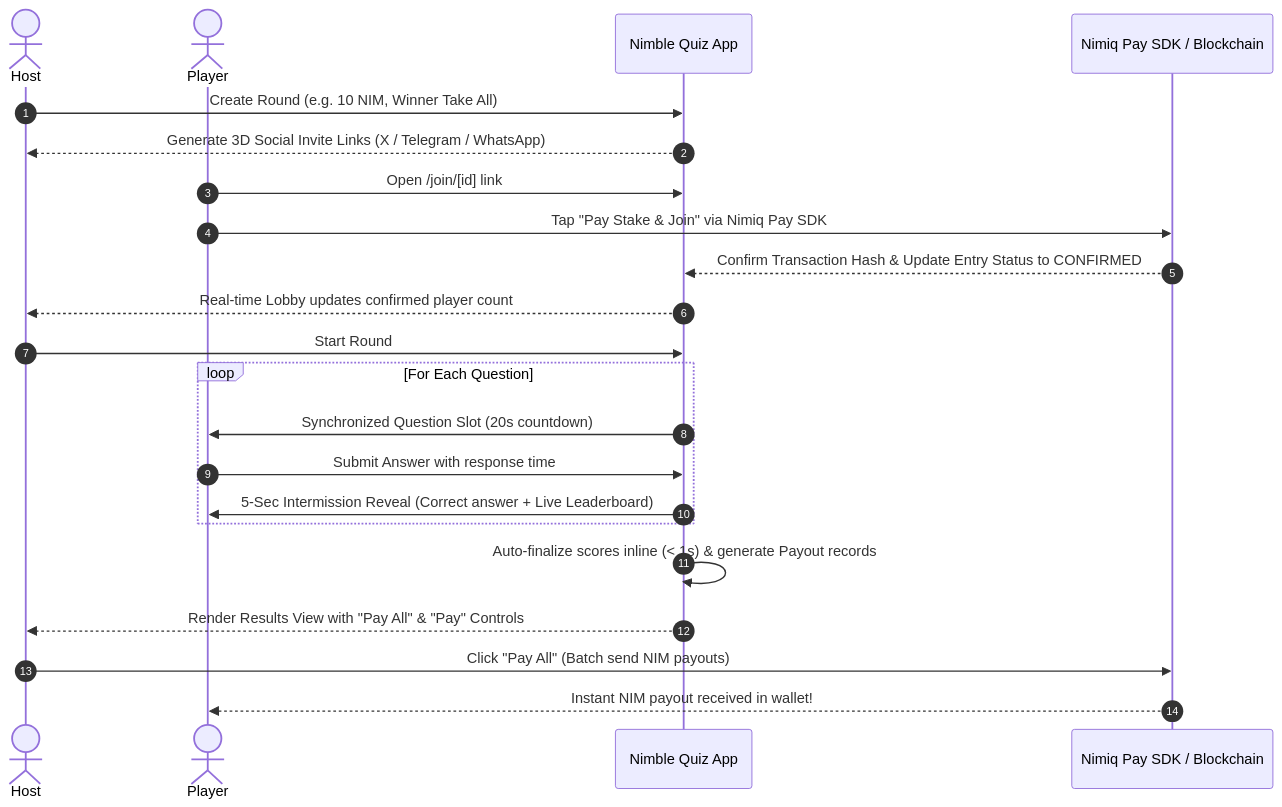
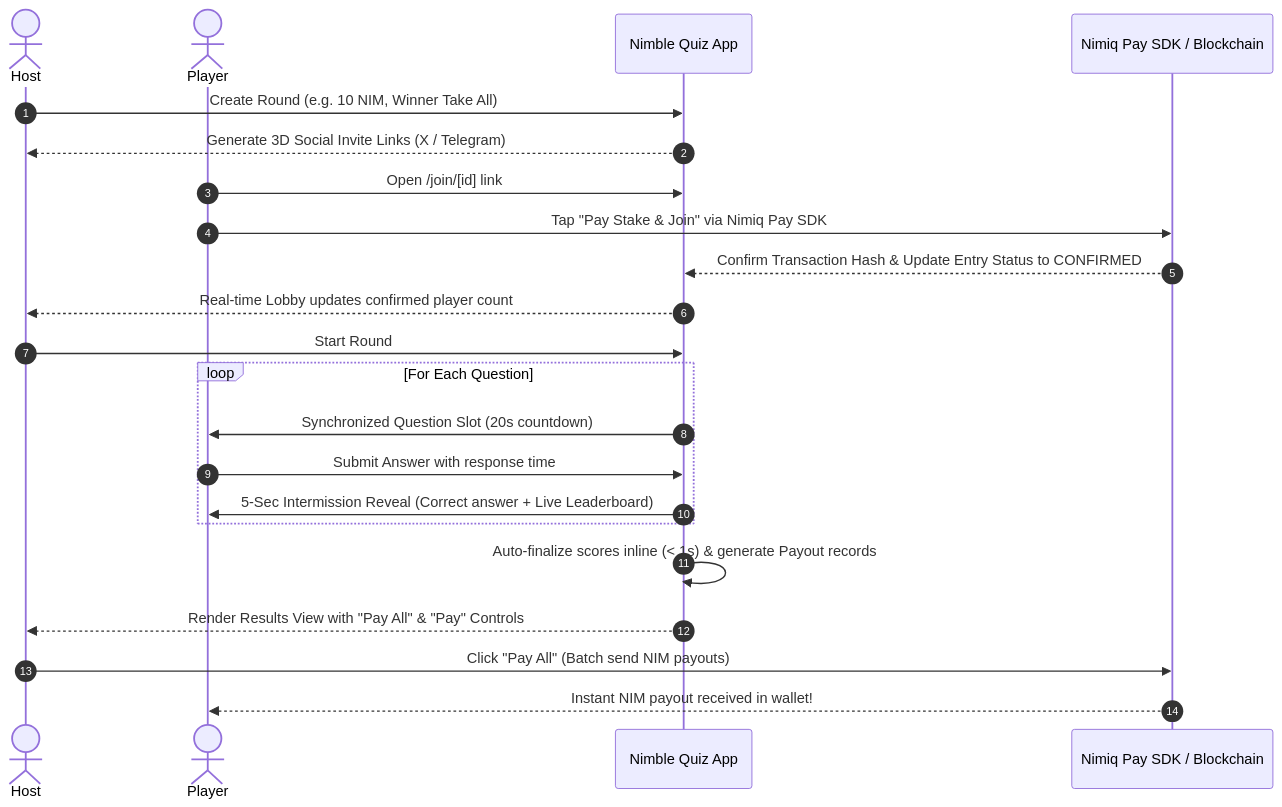
One commit to Skinny001/Nimble-Quiz changed the diagram in README.md. Above: the diagram before and after it, drawn with Mermaid. The commit also changed other lines of this file, not shown here.

Commit message:
Update README with logo.png, detailed User Flows, and X/Telegram branding

````diff
--- a/README.md
+++ b/README.md
@@ -88,32 +120,32 @@
 ```mermaid
 sequenceDiagram
     autonumber
     actor Host
     actor Player
     participant App as Nimble Quiz App
     participant Nimiq as Nimiq Pay SDK / Blockchain
 
     %% Phase 1: Round Creation & Invite
     Host->>App: Create Round (e.g. 10 NIM, Winner Take All)
-    App-->>Host: Generate 3D Social Invite Links (X / Telegram / WhatsApp)
+    App-->>Host: Generate 3D Social Invite Links (X / Telegram)
 
     %% Phase 2: Joining & Staking
     Player->>App: Open /join/[id] link
     Player->>Nimiq: Tap "Pay Stake & Join" via Nimiq Pay SDK
     Nimiq-->>App: Confirm Transaction Hash & Update Entry Status to CONFIRMED
     App-->>Host: Real-time Lobby updates confirmed player count
 
     %% Phase 3: Synchronized Gameplay
     Host->>App: Start Round
     loop For Each Question
         App->>Player: Synchronized Question Slot (20s countdown)
         Player->>App: Submit Answer with response time
         App->>Player: 5-Sec Intermission Reveal (Correct answer + Live Leaderboard)
     end
 
     %% Phase 4: Sub-Second Auto-Finalization & Payouts
     App->>App: Auto-finalize scores inline (< 1s) & generate Payout records
     App-->>Host: Render Results View with "Pay All" & "Pay" Controls
     Host->>Nimiq: Click "Pay All" (Batch send NIM payouts)
     Nimiq-->>Player: Instant NIM payout received in wallet!
 ```
````
